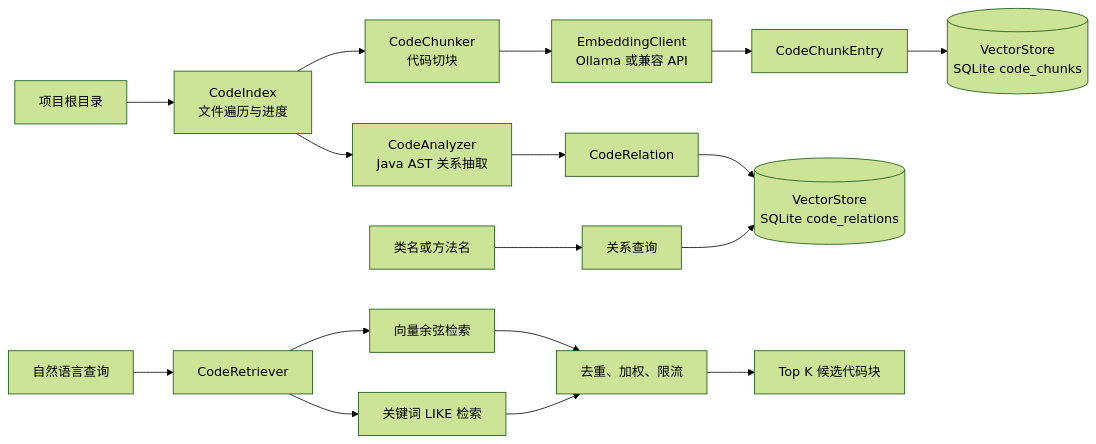
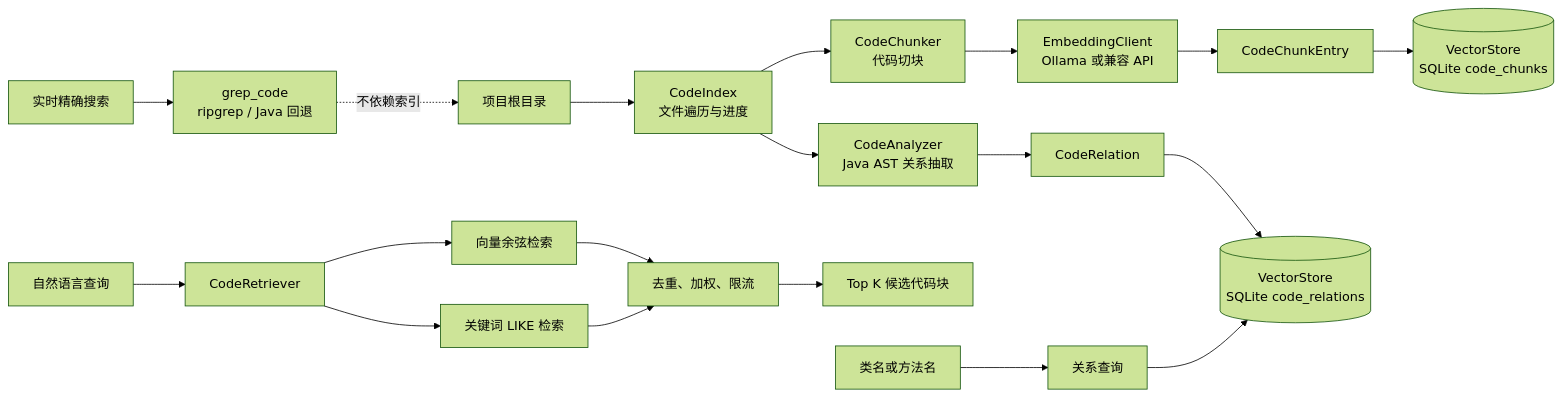
The first of 3 diagrams in docs/dev/04-code-rag-graph.md (zgjdev/Code-Agent), drawn with Mermaid (forest theme) before and after one commit. The commit also changed other lines of this file and 5 other files, not shown here.

````diff
--- a/docs/dev/04-code-rag-graph.md
+++ b/docs/dev/04-code-rag-graph.md
@@ -42,21 +44,24 @@
 ```mermaid
 flowchart LR
     Root[项目根目录] --> Scan[CodeIndex<br/>文件遍历与进度]
     Scan --> Chunk[CodeChunker<br/>代码切块]
     Scan --> Analyze[CodeAnalyzer<br/>Java AST 关系抽取]
     Chunk --> Embed[EmbeddingClient<br/>Ollama 或兼容 API]
     Embed --> Entries[CodeChunkEntry]
     Analyze --> Relations[CodeRelation]
     Entries --> Store[(VectorStore<br/>SQLite code_chunks)]
     Relations --> Graph[(VectorStore<br/>SQLite code_relations)]
 
     Query[自然语言查询] --> Retriever[CodeRetriever]
     Retriever --> Semantic[向量余弦检索]
     Retriever --> Keyword[关键词 LIKE 检索]
     Semantic --> Merge[去重、加权、限流]
     Keyword --> Merge
     Merge --> Results[Top K 候选代码块]
 
     Name[类名或方法名] --> RelationQuery[关系查询]
     RelationQuery --> Graph
+
+    Real[实时精确搜索] --> Grep[grep_code<br/>ripgrep / Java 回退]
+    Grep -.不依赖索引.-> Root
 ```
````
